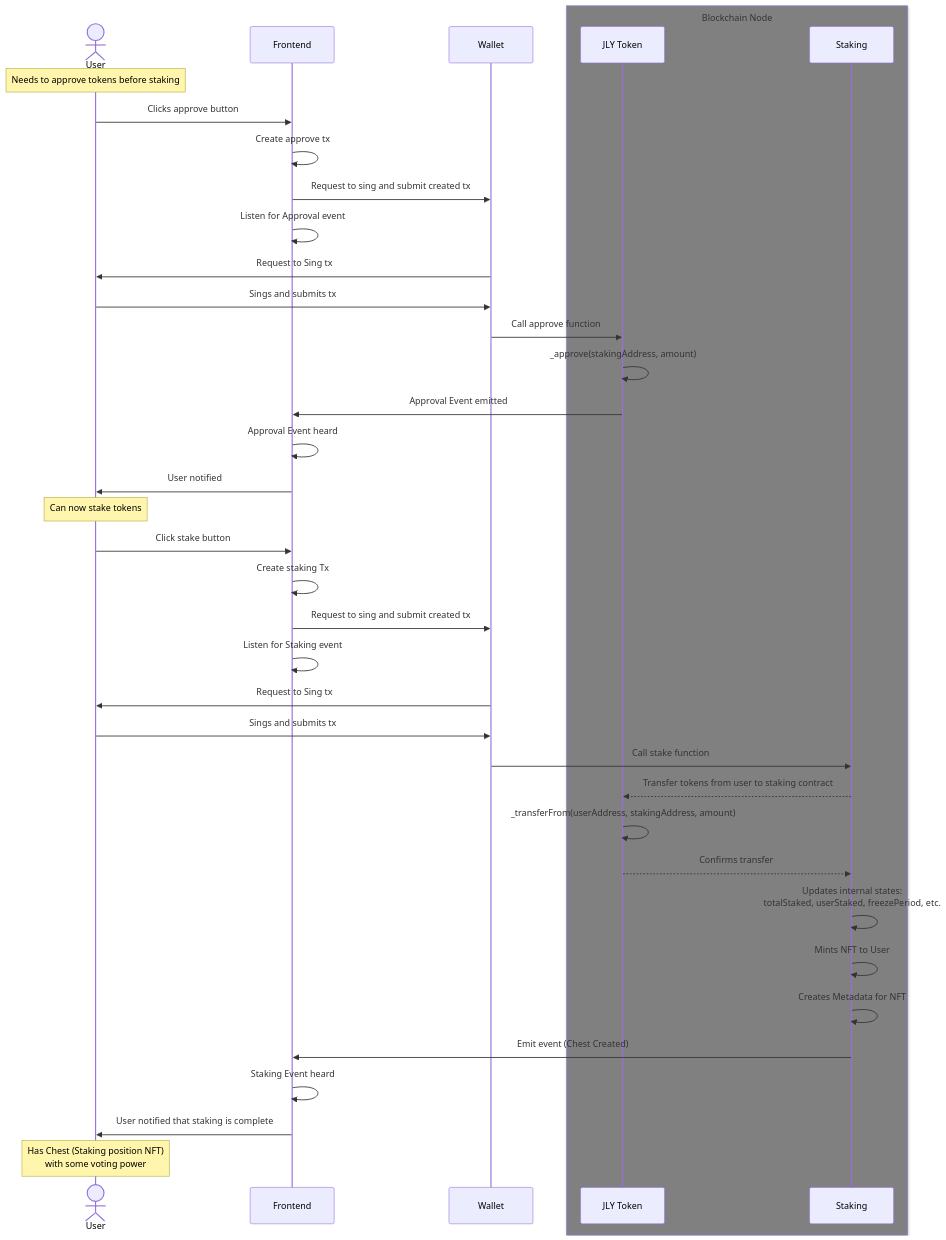
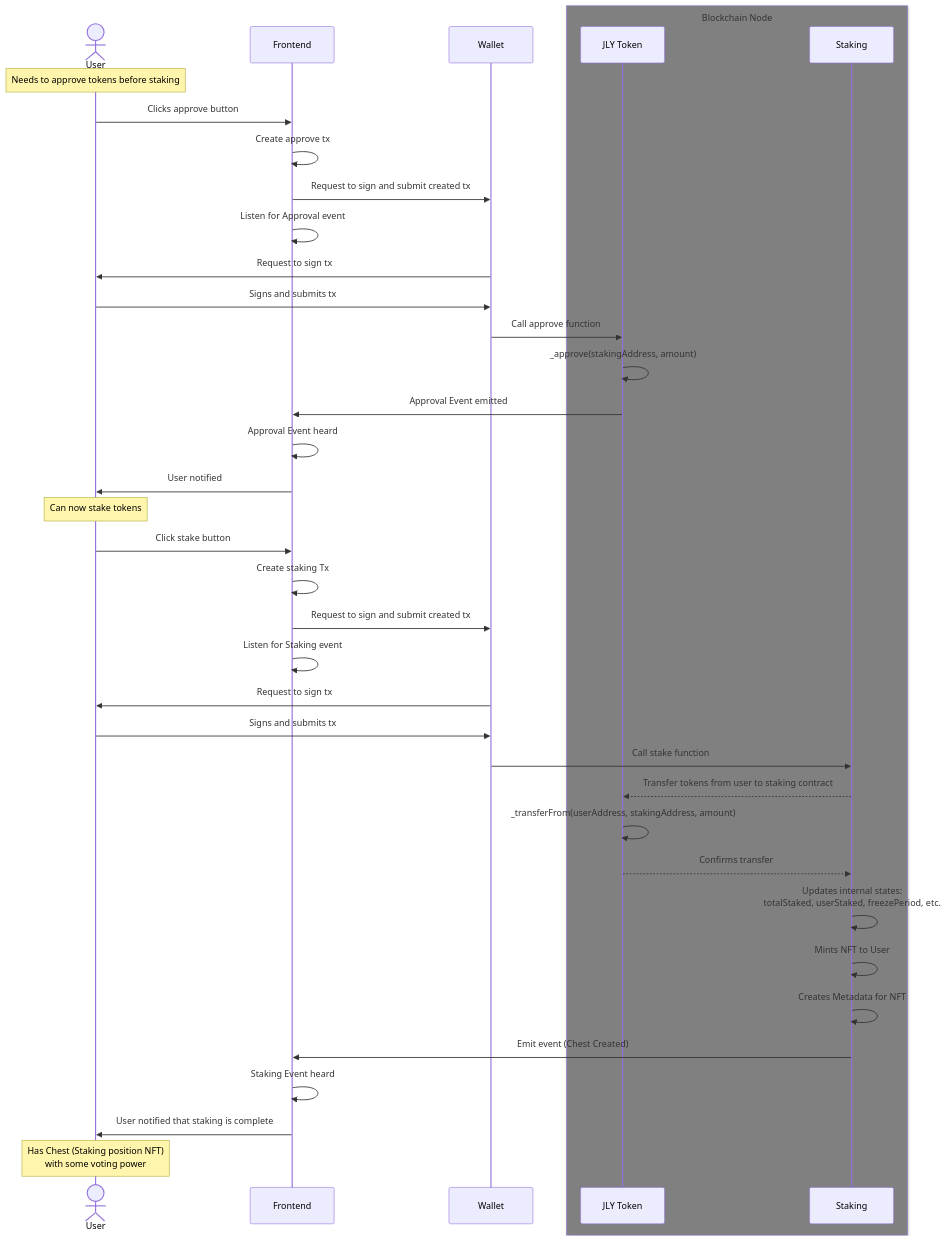
Before and after one commit to omahs/jelly-verse-contracts: the second of 7 diagrams in docs/StakingChestUml.md, drawn with Mermaid. The commit also changed other lines of this file, not shown here.

````diff
--- a/docs/StakingChestUml.md
+++ b/docs/StakingChestUml.md
@@ -44,40 +44,40 @@
 ```mermaid
 sequenceDiagram
     actor A as User
     participant B as Frontend
     participant C as Wallet
     box Gray Blockchain Node 
     participant D as JLY Token
     participant E as Staking
     end
     Note over A: Needs to approve tokens before staking
     A->>B: Clicks approve button
     B->>B: Create approve tx 
-    B->>C: Request to sing and submit created tx
+    B->>C: Request to sign and submit created tx
     B->>B: Listen for Approval event
-    C->>A: Request to Sing tx
-    A->>C: Sings and submits tx
+    C->>A: Request to sign tx
+    A->>C: Signs and submits tx
     C->>D: Call approve function
     D->>D: _approve(stakingAddress, amount)
     D->>B: Approval Event emitted
     B->>B: Approval Event heard
     B->>A: User notified
     Note over A: Can now stake tokens
     A->>B: Click stake button
     B->>B: Create staking Tx
-    B->>C: Request to sing and submit created tx
+    B->>C: Request to sign and submit created tx
     B->>B: Listen for Staking event
-    C->>A: Request to Sing tx
-    A->>C: Sings and submits tx
+    C->>A: Request to sign tx
+    A->>C: Signs and submits tx
     C->>E: Call stake function
     E-->>D: Transfer tokens from user to staking contract
     D->>D: _transferFrom(userAddress, stakingAddress, amount)
     D-->>E: Confirms transfer
     E->>E: Updates internal states: <br/> totalStaked, userStaked, freezePeriod, etc.
     E->>E: Mints NFT to User
     E->>E: Creates Metadata for NFT
     E->>B: Emit event (Chest Created)
     B->>B: Staking Event heard
     B->>A: User notified that staking  is complete
     Note over A: Has Chest (Staking position NFT) <br/>with some voting power
 ```
````
